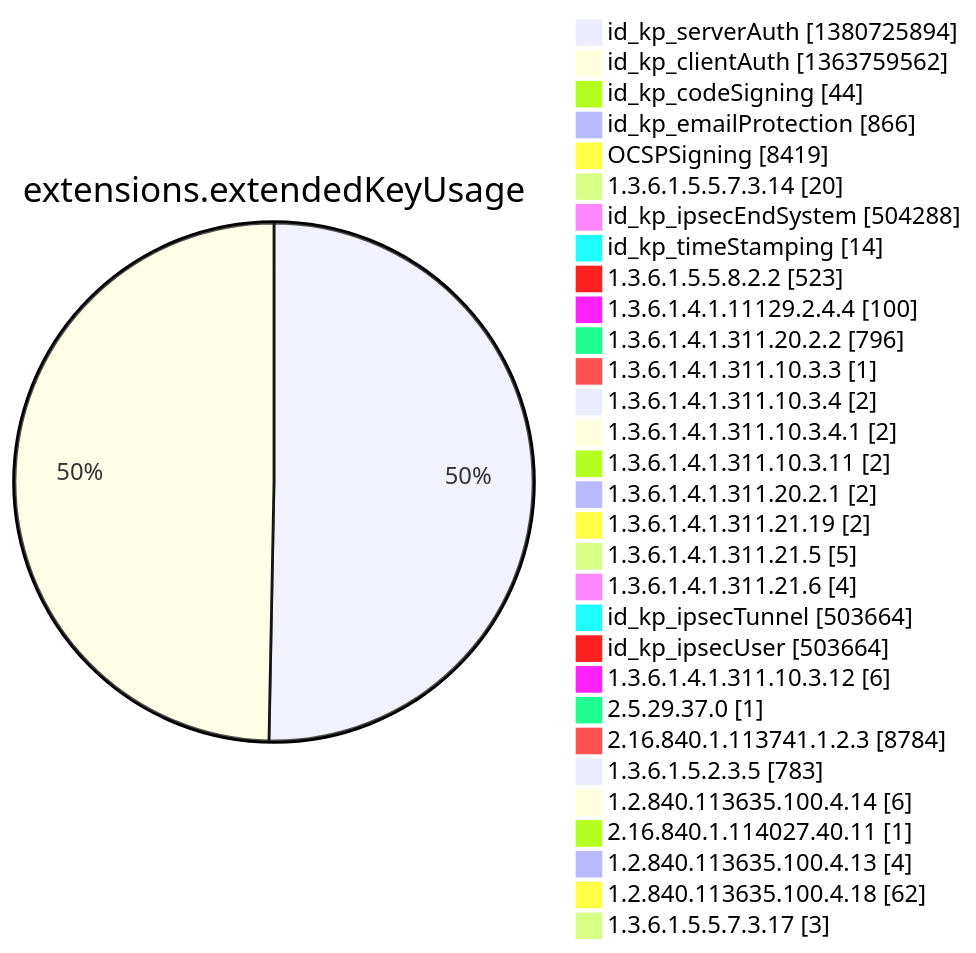
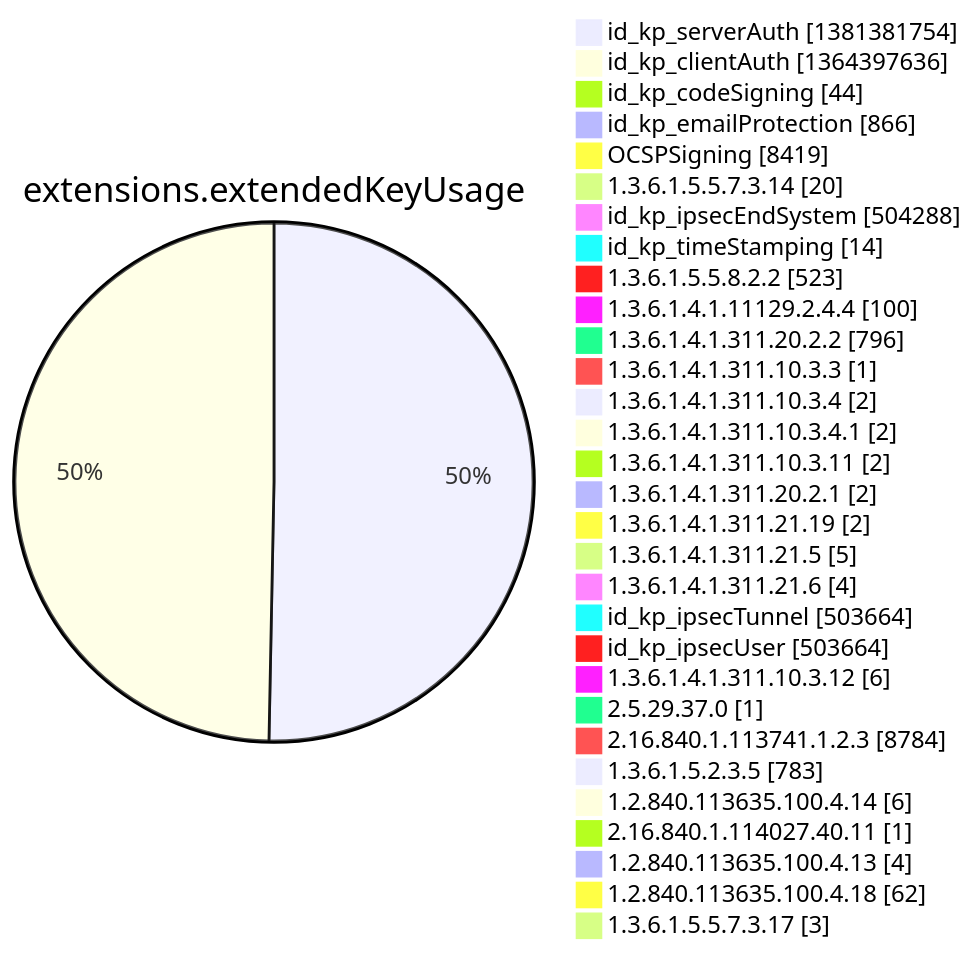
Before and after one commit to christiankrug/ctmonitor_visualization: diagram 12 of 15 in argon2022/README.md, drawn with Mermaid. The commit also changed other lines of this file, not shown here.

````diff
--- a/argon2022/README.md
+++ b/argon2022/README.md
@@ -3554,34 +3554,34 @@
 ```mermaid
 pie showData
 title extensions.extendedKeyUsage
-"id_kp_serverAuth" :1380725894
-"id_kp_clientAuth" :1363759562
+"id_kp_serverAuth" :1381381754
+"id_kp_clientAuth" :1364397636
 "id_kp_codeSigning" :44
 "id_kp_emailProtection" :866
 "OCSPSigning" :8419
 "1.3.6.1.5.5.7.3.14" :20
 "id_kp_ipsecEndSystem" :504288
 "id_kp_timeStamping" :14
 "1.3.6.1.5.5.8.2.2" :523
 "1.3.6.1.4.1.11129.2.4.4" :100
 "1.3.6.1.4.1.311.20.2.2" :796
 "1.3.6.1.4.1.311.10.3.3" :1
 "1.3.6.1.4.1.311.10.3.4" :2
 "1.3.6.1.4.1.311.10.3.4.1" :2
 "1.3.6.1.4.1.311.10.3.11" :2
 "1.3.6.1.4.1.311.20.2.1" :2
 "1.3.6.1.4.1.311.21.19" :2
 "1.3.6.1.4.1.311.21.5" :5
 "1.3.6.1.4.1.311.21.6" :4
 "id_kp_ipsecTunnel" :503664
 "id_kp_ipsecUser" :503664
 "1.3.6.1.4.1.311.10.3.12" :6
 "2.5.29.37.0" :1
 "2.16.840.1.113741.1.2.3" :8784
 "1.3.6.1.5.2.3.5" :783
 "1.2.840.113635.100.4.14" :6
 "2.16.840.1.114027.40.11" :1
 "1.2.840.113635.100.4.13" :4
 "1.2.840.113635.100.4.18" :62
 "1.3.6.1.5.5.7.3.17" :3
 ```
````
